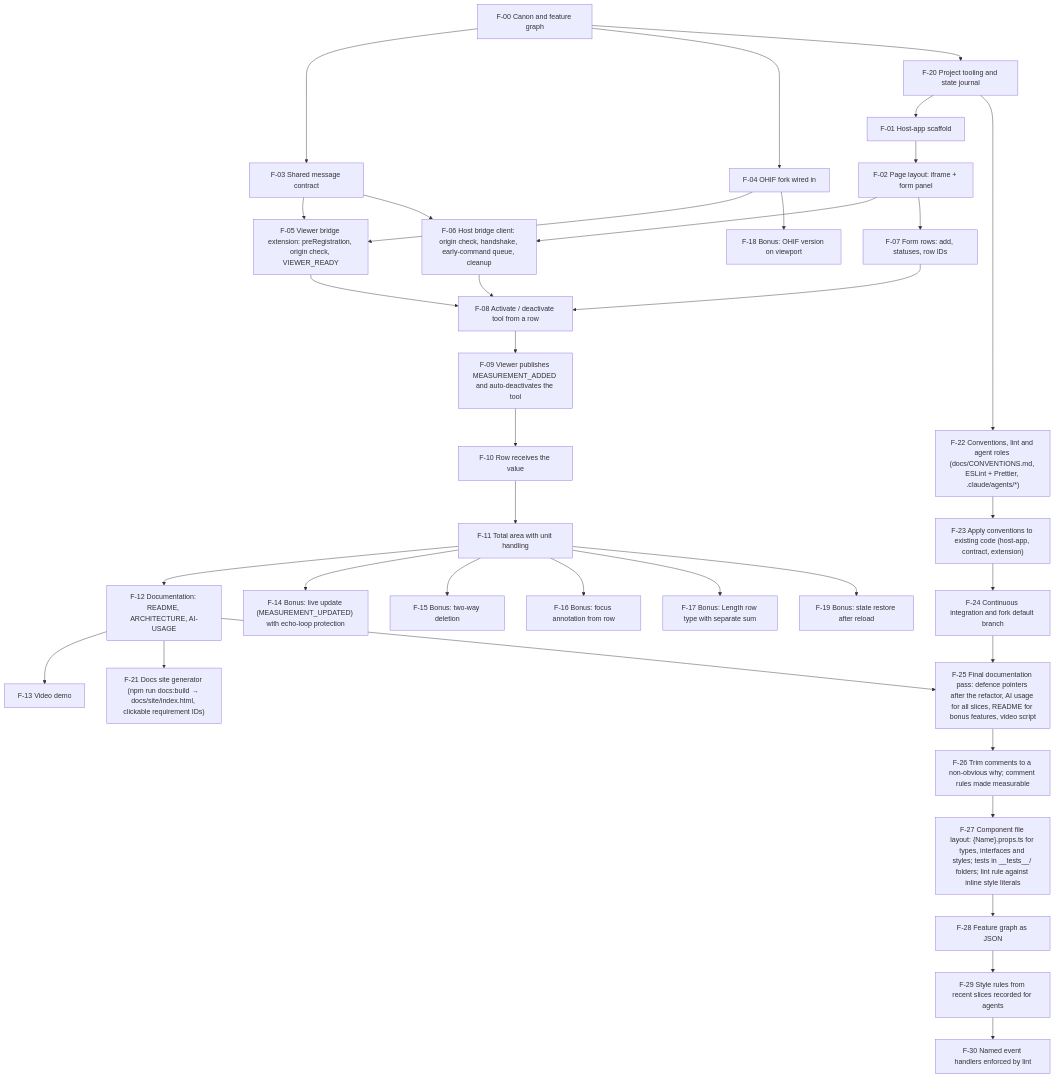
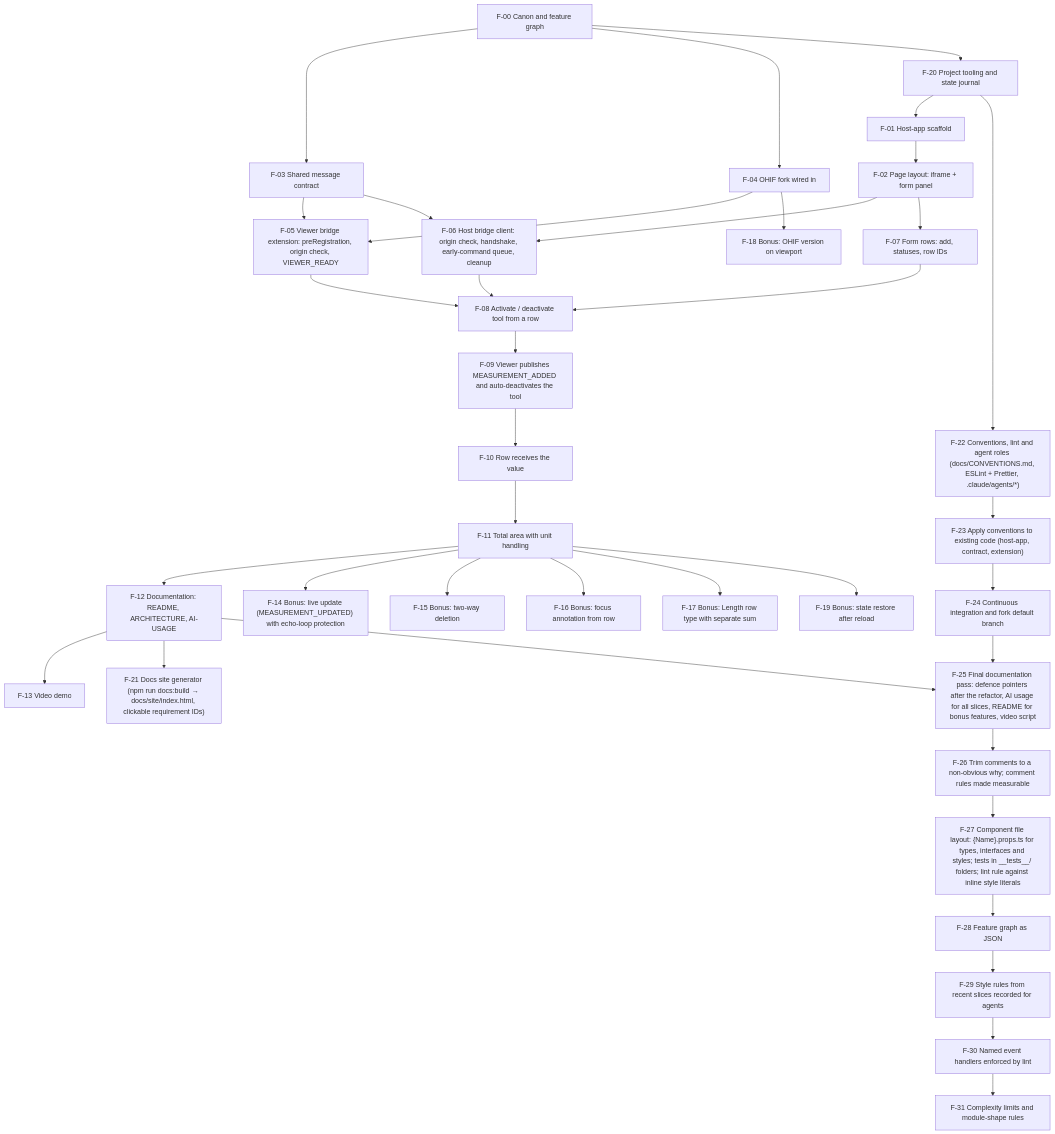
One commit to bdiadiun/artifact-synchronization changed the diagram in docs/FEATURE-GRAPH.md. Above: the diagram before and after it, drawn with Mermaid. The commit also changed other lines of this file and 7 other files, not shown here.

First line of the commit message:
chore: complexity rules

````diff
--- a/docs/FEATURE-GRAPH.md
+++ b/docs/FEATURE-GRAPH.md
@@ -88,70 +89,72 @@
 ```mermaid
 graph TD
   F00["F-00 Canon and feature graph"]
   F01["F-01 Host-app scaffold"]
   F02["F-02 Page layout: iframe + form panel"]
   F03["F-03 Shared message contract"]
   F04["F-04 OHIF fork wired in"]
   F05["F-05 Viewer bridge extension: preRegistration, origin check, VIEWER_READY"]
   F06["F-06 Host bridge client: origin check, handshake, early-command queue, cleanup"]
   F07["F-07 Form rows: add, statuses, row IDs"]
   F08["F-08 Activate / deactivate tool from a row"]
   F09["F-09 Viewer publishes MEASUREMENT_ADDED and auto-deactivates the tool"]
   F10["F-10 Row receives the value"]
   F11["F-11 Total area with unit handling"]
   F12["F-12 Documentation: README, ARCHITECTURE, AI-USAGE"]
   F13["F-13 Video demo"]
   F14["F-14 Bonus: live update (MEASUREMENT_UPDATED) with echo-loop protection"]
   F15["F-15 Bonus: two-way deletion"]
   F16["F-16 Bonus: focus annotation from row"]
   F17["F-17 Bonus: Length row type with separate sum"]
   F18["F-18 Bonus: OHIF version on viewport"]
   F19["F-19 Bonus: state restore after reload"]
   F20["F-20 Project tooling and state journal"]
   F21["F-21 Docs site generator (npm run docs:build → docs/site/index.html, clickable requirement IDs)"]
   F22["F-22 Conventions, lint and agent roles (docs/CONVENTIONS.md, ESLint + Prettier, .claude/agents/*)"]
   F23["F-23 Apply conventions to existing code (host-app, contract, extension)"]
   F24["F-24 Continuous integration and fork default branch"]
   F25["F-25 Final documentation pass: defence pointers after the refactor, AI usage for all slices, README for bonus features, video script"]
   F26["F-26 Trim comments to a non-obvious why; comment rules made measurable"]
   F27["F-27 Component file layout: {Name}.props.ts for types, interfaces and styles; tests in __tests__/ folders; lint rule against inline style literals"]
   F28["F-28 Feature graph as JSON"]
   F29["F-29 Style rules from recent slices recorded for agents"]
   F30["F-30 Named event handlers enforced by lint"]
+  F31["F-31 Complexity limits and module-shape rules"]
 
   F20 --> F01
   F01 --> F02
   F00 --> F03
   F00 --> F04
   F03 --> F05
   F04 --> F05
   F02 --> F06
   F03 --> F06
   F02 --> F07
   F05 --> F08
   F06 --> F08
   F07 --> F08
   F08 --> F09
   F09 --> F10
   F10 --> F11
   F11 --> F12
   F12 --> F13
   F11 --> F14
   F11 --> F15
   F11 --> F16
   F11 --> F17
   F04 --> F18
   F11 --> F19
   F00 --> F20
   F12 --> F21
   F20 --> F22
   F22 --> F23
   F23 --> F24
   F12 --> F25
   F24 --> F25
   F25 --> F26
   F26 --> F27
   F27 --> F28
   F28 --> F29
   F29 --> F30
+  F30 --> F31
 ```
````
